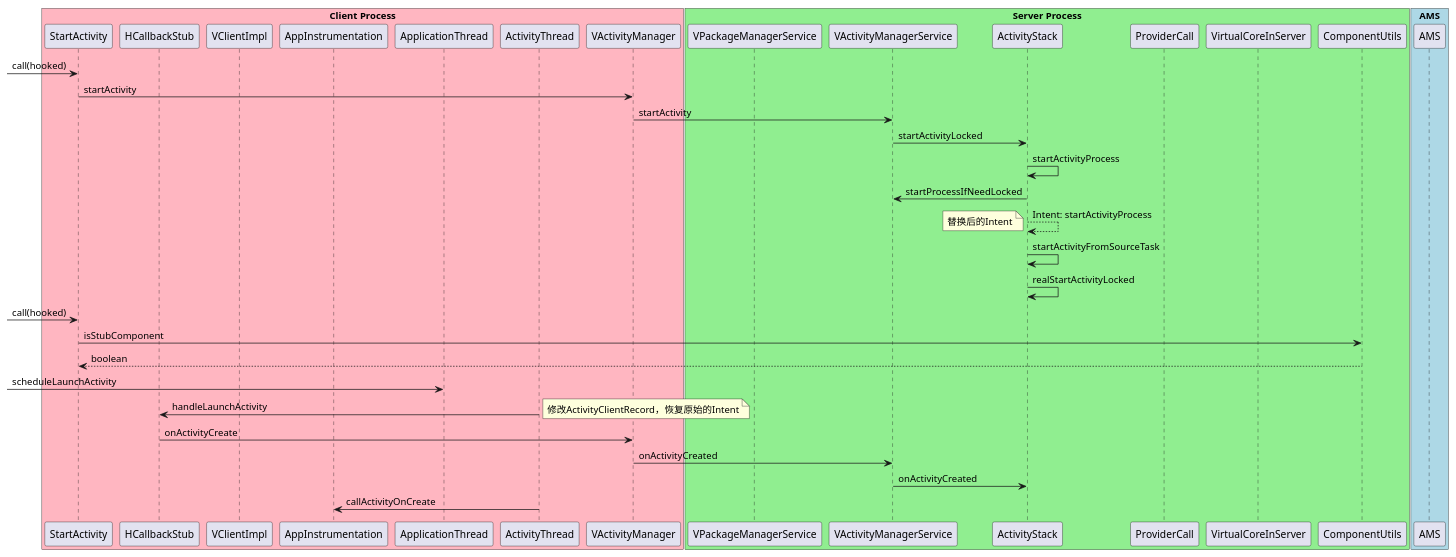
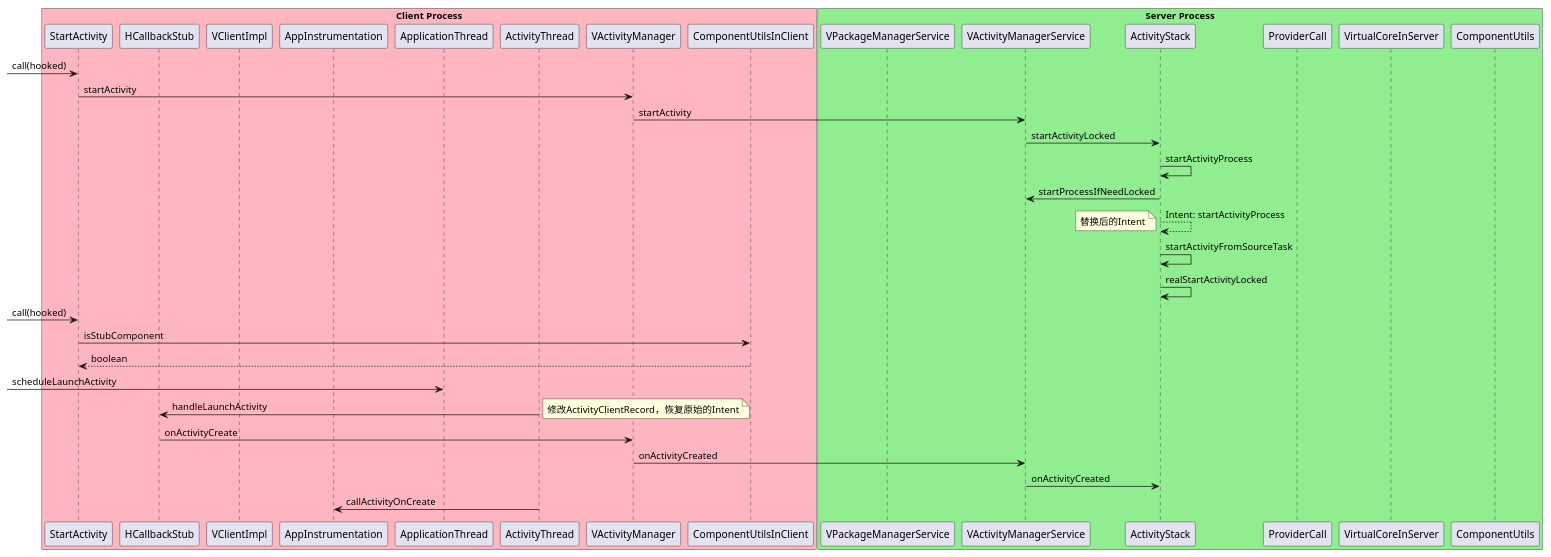
The diagram in VirtualApp/startActivityStandardInSameProcess.puml (skyoung09/VirtualApp), drawn with PlantUML before and after one commit. The commit also changed 1 other file, not shown here.

Commit message:
Modify startActivityStandardInSameProcess

```diff
--- a/VirtualApp/startActivityStandardInSameProcess.puml
+++ b/VirtualApp/startActivityStandardInSameProcess.puml
@@ -1,51 +1,48 @@
 @startuml
 box "Client Process" #LightPink
 participant StartActivity
 participant HCallbackStub
 participant VClientImpl
 participant AppInstrumentation
 participant ApplicationThread
 participant ActivityThread
 participant VActivityManager
+participant ComponentUtilsInClient
 end box
 
 box "Server Process" #LightGreen
 participant VPackageManagerService
 participant VActivityManagerService
 participant ActivityStack
 participant ProviderCall
 participant VirtualCoreInServer
 participant ComponentUtils
-end box
-
-box "AMS" #LightBlue
-participant AMS
 end box
 
 -> StartActivity: call(hooked)
 StartActivity -> VActivityManager: startActivity
 VActivityManager -> VActivityManagerService : startActivity
 VActivityManagerService -> ActivityStack: startActivityLocked
 ActivityStack -> ActivityStack: startActivityProcess
 ActivityStack -> VActivityManagerService: startProcessIfNeedLocked
 ActivityStack --> ActivityStack: Intent: startActivityProcess
 note left
 替换后的Intent
 end note
 ActivityStack -> ActivityStack: startActivityFromSourceTask
 ActivityStack -> ActivityStack: realStartActivityLocked
 
 -> StartActivity: call(hooked)
-StartActivity -> ComponentUtils: isStubComponent
-ComponentUtils --> StartActivity : boolean
+StartActivity -> ComponentUtilsInClient: isStubComponent
+ComponentUtilsInClient --> StartActivity : boolean
 
 -> ApplicationThread: scheduleLaunchActivity
 ActivityThread -> HCallbackStub: handleLaunchActivity
 note right
 修改ActivityClientRecord，恢复原始的Intent
 end note
 HCallbackStub -> VActivityManager: onActivityCreate
 VActivityManager -> VActivityManagerService: onActivityCreated
 VActivityManagerService -> ActivityStack: onActivityCreated
 ActivityThread -> AppInstrumentation: callActivityOnCreate
 @enduml
```
